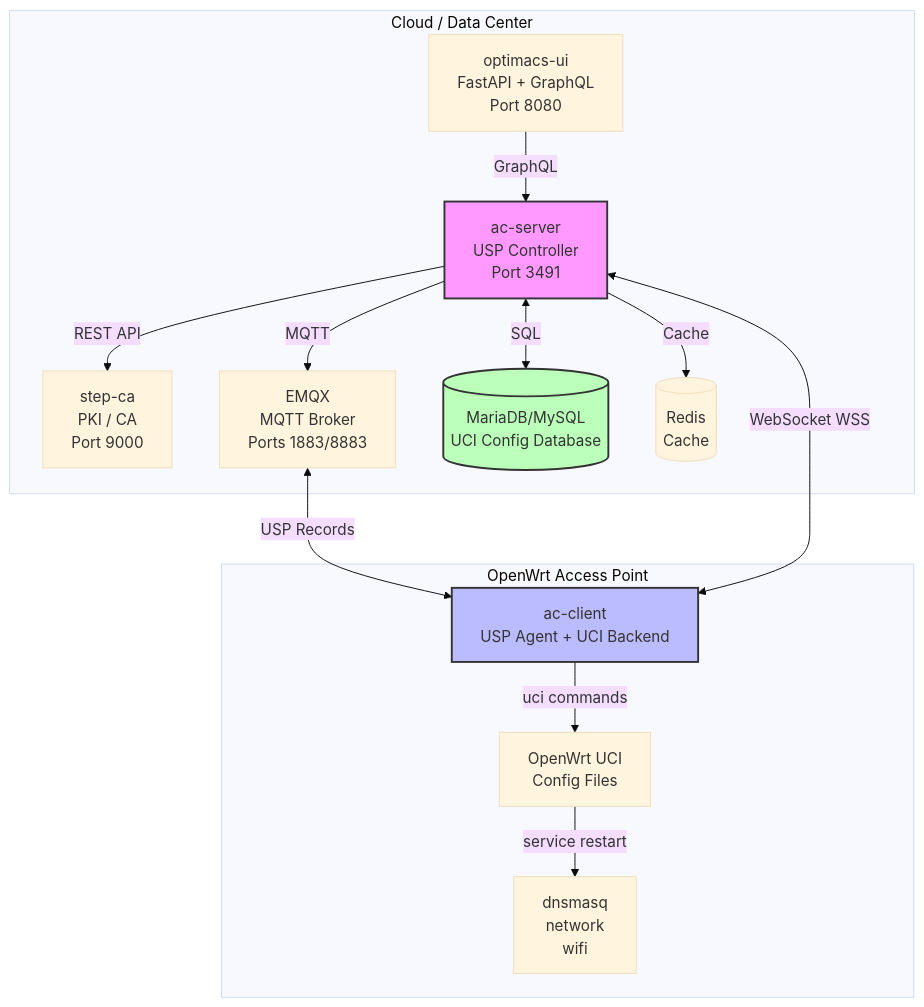
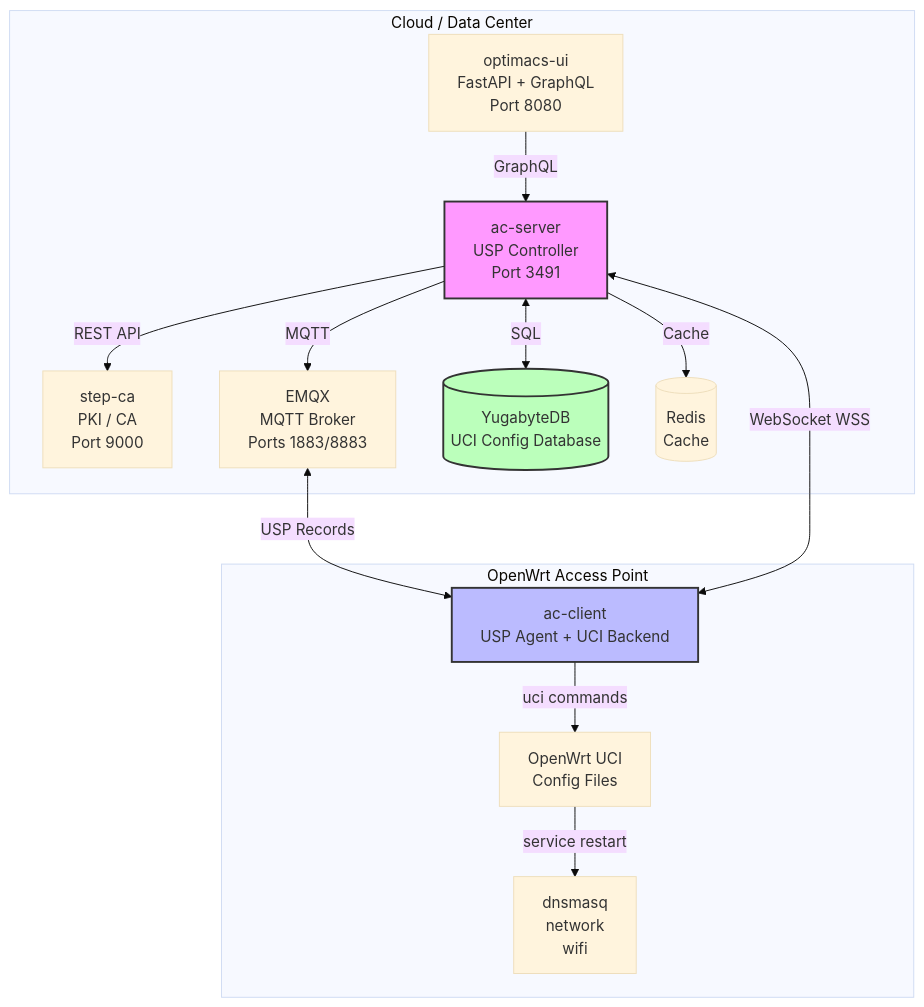
Before and after one commit to optim-enterprises-bv/ac-client: the diagram in README.md, drawn with Mermaid (base theme). The commit also changed other lines of this file, not shown here.

First line of the commit message:
docs: Update README with claim token, LuCI app, and YugabyteDB refs

````diff
--- a/README.md
+++ b/README.md
@@ -224,33 +224,33 @@
 ```mermaid
 flowchart TB
     subgraph "Cloud / Data Center"
         UI[optimacs-ui<br/>FastAPI + GraphQL<br/>Port 8080]
         Server[ac-server<br/>USP Controller<br/>Port 3491]
         CA[step-ca<br/>PKI / CA<br/>Port 9000]
         MQTT[EMQX<br/>MQTT Broker<br/>Ports 1883/8883]
-        DB[(MariaDB/MySQL<br/>UCI Config Database)]
+        DB[(YugabyteDB<br/>UCI Config Database)]
         Redis[(Redis<br/>Cache)]
     end
     
     subgraph "OpenWrt Access Point"
         Agent[ac-client<br/>USP Agent + UCI Backend]
         UCI[OpenWrt UCI<br/>Config Files]
         Services[dnsmasq<br/>network<br/>wifi]
     end
     
     UI -->|GraphQL| Server
     Server -->|REST API| CA
     Server -->|MQTT| MQTT
     Server <-->|SQL| DB
     Server -->|Cache| Redis
     
     MQTT <-->|USP Records| Agent
     Server <-->|WebSocket WSS| Agent
     
     Agent -->|uci commands| UCI
     UCI -->|service restart| Services
     
     style Server fill:#f9f,stroke:#333,stroke-width:2px
     style Agent fill:#bbf,stroke:#333,stroke-width:2px
     style DB fill:#bfb,stroke:#333,stroke-width:2px
 ```
````
